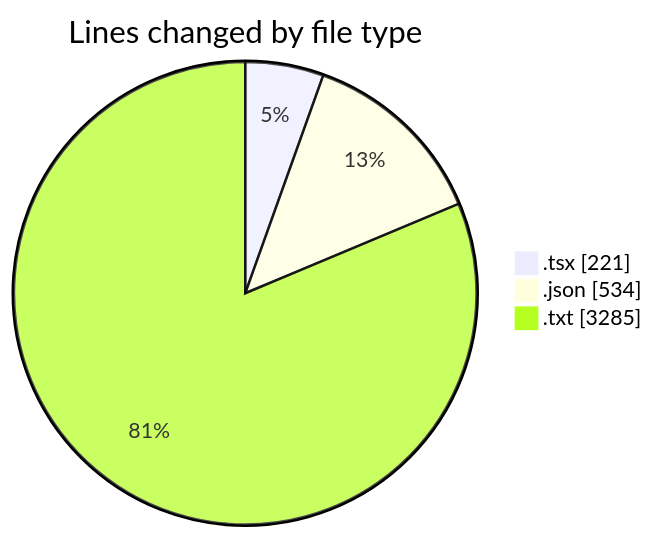
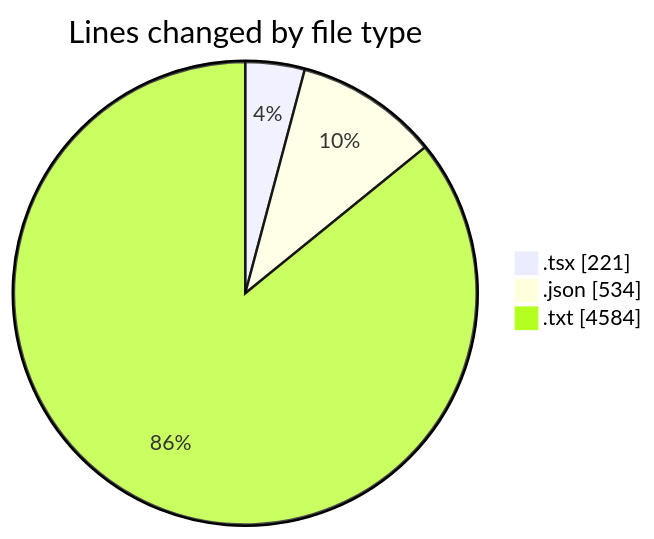
One commit to EIIisD/code-tracking changed the first of 2 diagrams in 2025-08-01/tw-server/README.md. Above: the diagram before and after it, drawn with Mermaid. The commit also changed other lines of this file and 1 other file, not shown here.

````diff
--- a/2025-08-01/tw-server/README.md
+++ b/2025-08-01/tw-server/README.md
@@ -23,7 +23,7 @@
 ```mermaid
 pie showData
 title Lines changed by file type
 ".tsx" : 221
 ".json" : 534
-".txt" : 3285
+".txt" : 4584
 ```
````
